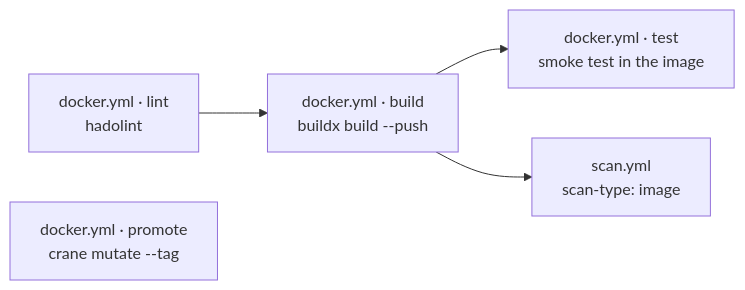
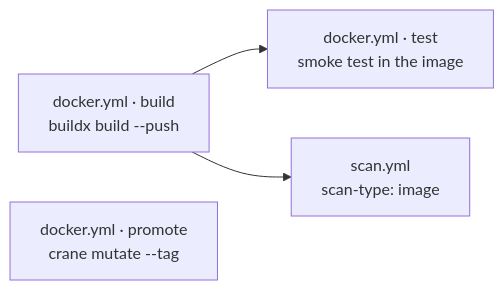
Before and after one commit to grootan-devops/github-ci-library: diagram 12 of 18 in README.md, drawn with Mermaid. The commit also changed other lines of this file and 2 other files, not shown here.

````diff
--- a/README.md
+++ b/README.md
@@ -616,7 +692,7 @@
 ```mermaid
 flowchart LR
-    DL["docker.yml · lint<br/>hadolint"] --> IB["docker.yml · build<br/>buildx build --push"]
+    IB["docker.yml · build<br/>buildx build --push"]
     IB --> IT["docker.yml · test<br/>smoke test in the image"]
     IB --> IS["scan.yml<br/>scan-type: image"]
     IP["docker.yml · promote<br/>crane mutate --tag"]
 ```
````
